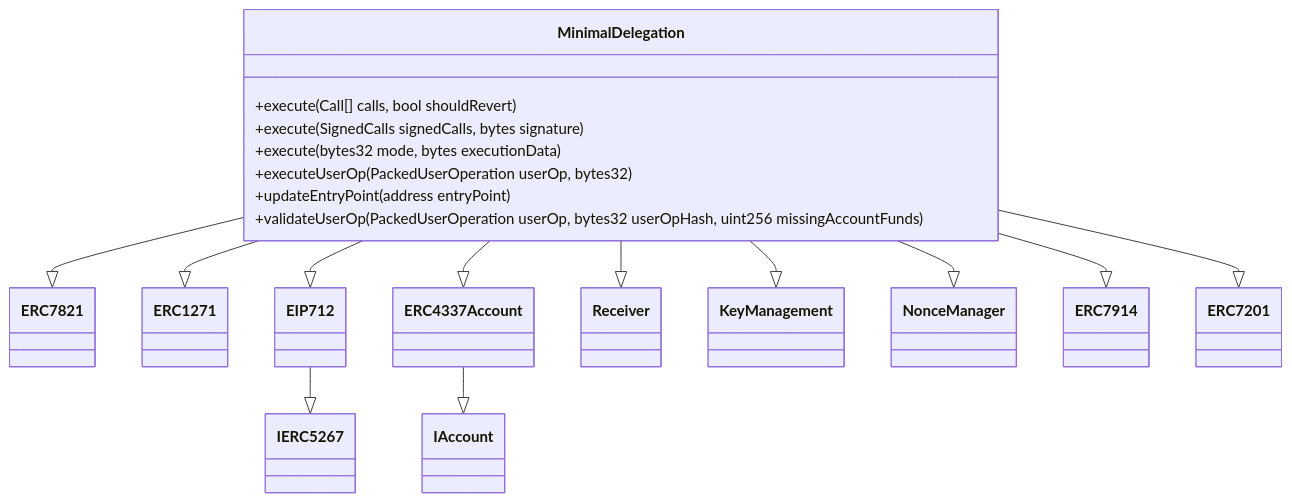
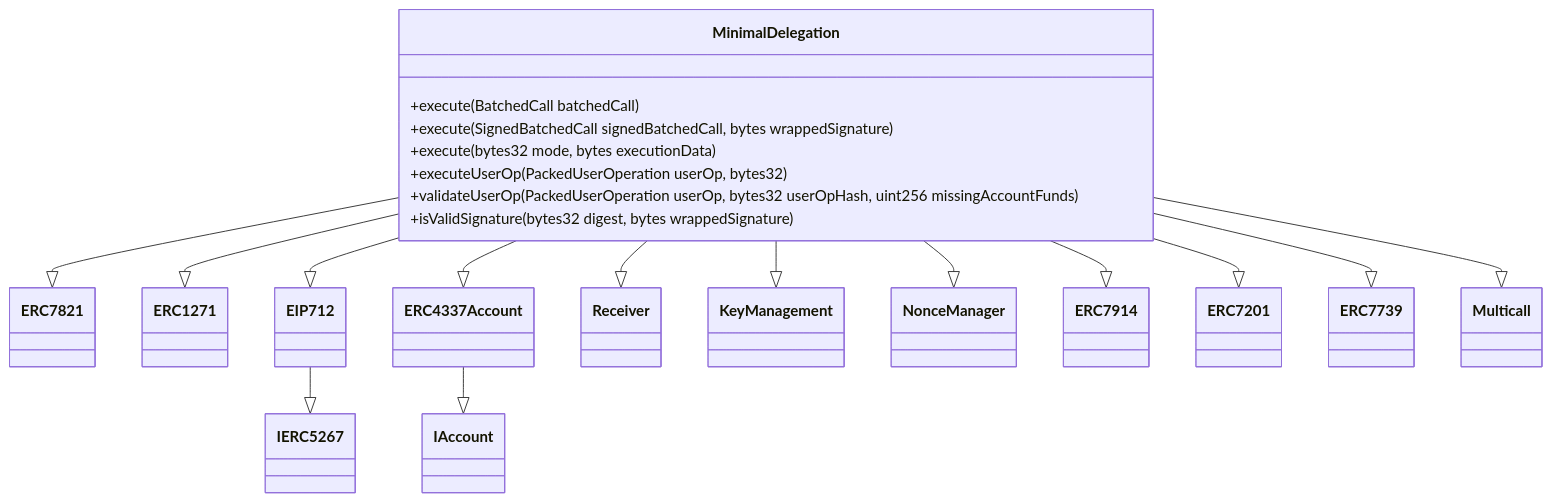
Before and after one commit to Uniswap/minimal-delegation: the first of 7 diagrams in README.md, drawn with Mermaid. The commit also changed other lines of this file, not shown here.

Commit message:
new diagrams

````diff
--- a/README.md
+++ b/README.md
@@ -28,24 +31,26 @@
 ```mermaid
 classDiagram
     MinimalDelegation --|> ERC7821
     MinimalDelegation --|> ERC1271
     MinimalDelegation --|> EIP712
     MinimalDelegation --|> ERC4337Account
     MinimalDelegation --|> Receiver
     MinimalDelegation --|> KeyManagement
     MinimalDelegation --|> NonceManager
     MinimalDelegation --|> ERC7914
     MinimalDelegation --|> ERC7201
+    MinimalDelegation --|> ERC7739
+    MinimalDelegation --|> Multicall
     
     EIP712 --|> IERC5267
     ERC4337Account --|> IAccount
     
     class MinimalDelegation {
-        +execute(Call[] calls, bool shouldRevert)
-        +execute(SignedCalls signedCalls, bytes signature)
+        +execute(BatchedCall batchedCall)
+        +execute(SignedBatchedCall signedBatchedCall, bytes wrappedSignature)
         +execute(bytes32 mode, bytes executionData)
         +executeUserOp(PackedUserOperation userOp, bytes32)
-        +updateEntryPoint(address entryPoint)
         +validateUserOp(PackedUserOperation userOp, bytes32 userOpHash, uint256 missingAccountFunds)
+        +isValidSignature(bytes32 digest, bytes wrappedSignature)
     }
 ```
````
